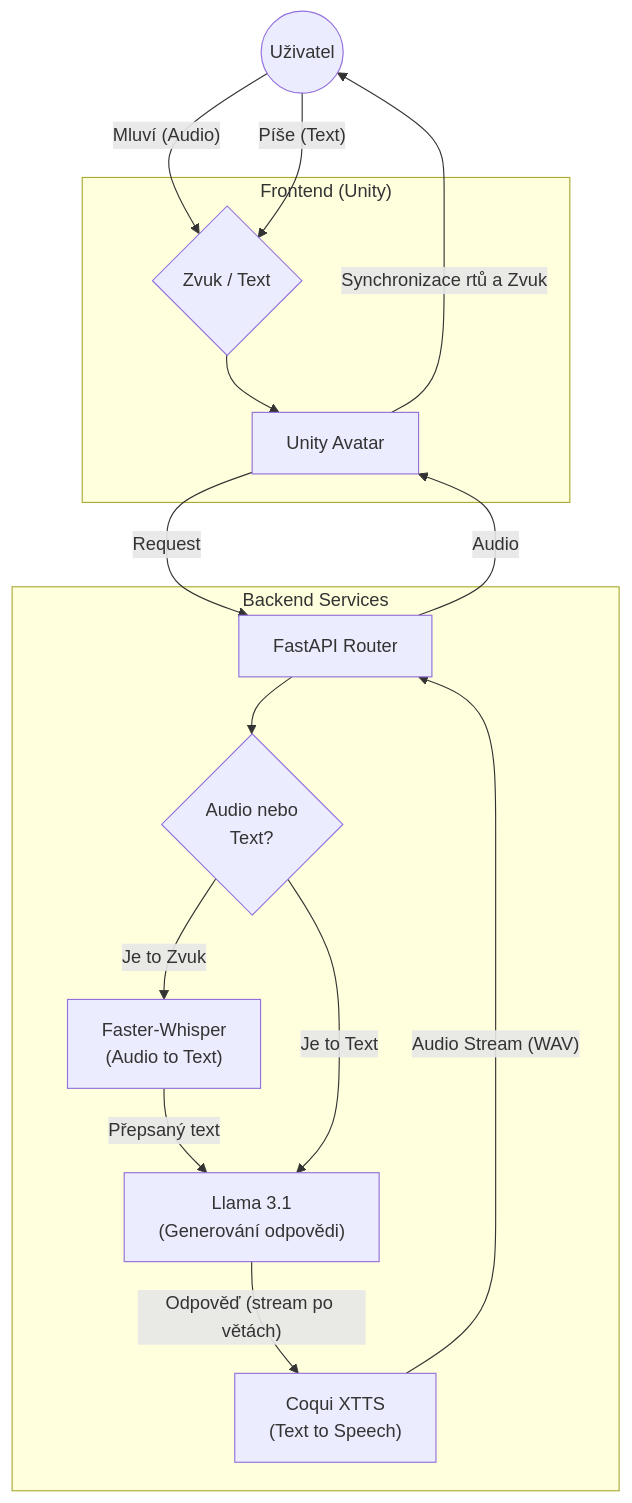
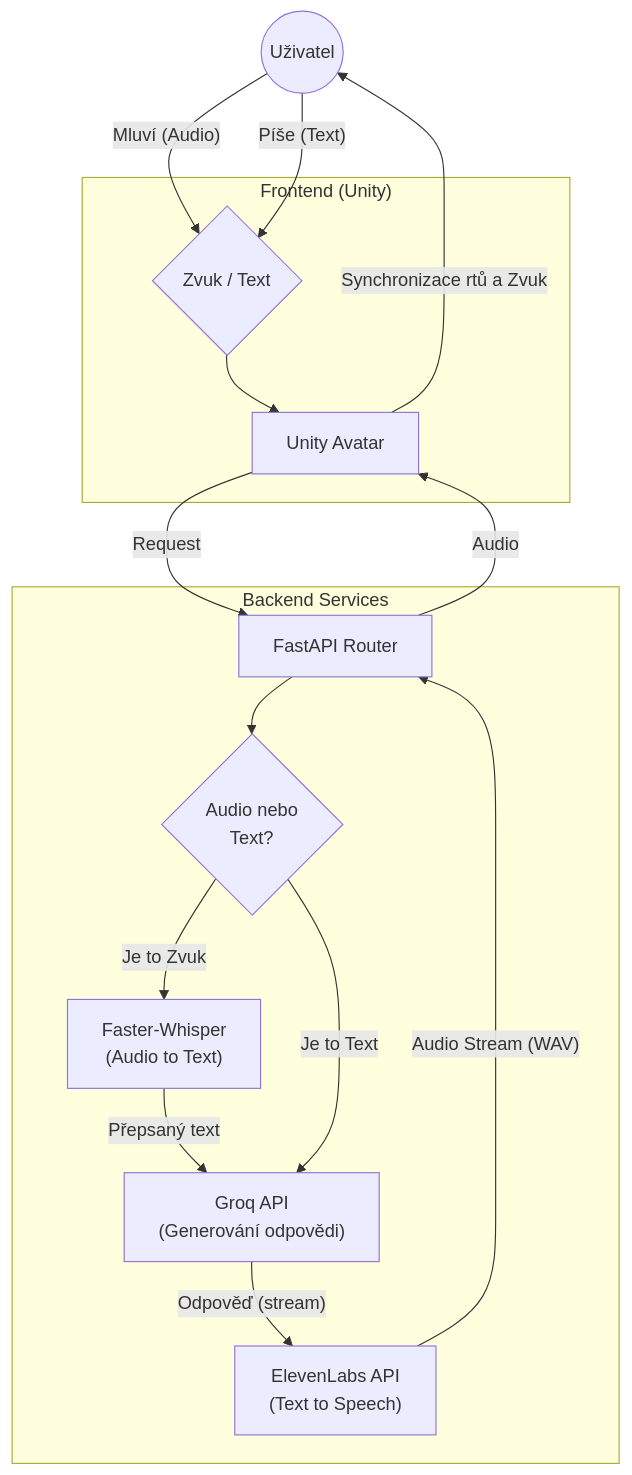
One commit to FrantisekPetricek/PraxeProjekt changed the diagram in README.md. Above: the diagram before and after it, drawn with Mermaid. The commit also changed other lines of this file and 1 other file, not shown here.

````diff
--- a/README.md
+++ b/README.md
@@ -34,46 +34,43 @@
 ```mermaid
 graph TD
-    
     User((Uživatel))
 
-    
     subgraph Client ["Frontend (Unity)"]
         Unity[Unity Avatar]
         InputDecider{"Zvuk / Text"}
     end
 
     User -- "Mluví (Audio)" --> InputDecider
     User -- "Píše (Text)" --> InputDecider
     InputDecider --> Unity
 
     Unity -- "Request" --> API
 
-    
     subgraph Server ["Backend Services"]
         API[FastAPI Router]
         
         CheckInput{"Audio nebo<br/>Text?"}
         
         STT["Faster-Whisper<br/>(Audio to Text)"]
-        LLM["Llama 3.1<br/>(Generování odpovědi)"]
-        TTS["Coqui XTTS<br/>(Text to Speech)"]
+        LLM["Groq API<br/>(Generování odpovědi)"]
+        TTS["ElevenLabs API<br/>(Text to Speech)"]
     end
 
     %% --- TOK DAT V BACKENDU ---
     API --> CheckInput
     
     %% Cesta 1: Zvuk
     CheckInput -- "Je to Zvuk" --> STT
     STT -- "Přepsaný text" --> LLM
     
     %% Cesta 2: Text (přímá)
     CheckInput -- "Je to Text" --> LLM
 
     %% Zpracování odpovědi
-    LLM -- "Odpověď (stream po větách)" --> TTS
+    LLM -- "Odpověď (stream)" --> TTS
     TTS -- "Audio Stream (WAV)" --> API
 
     %% --- VÝSTUP ZPĚT K UŽIVATELI ---
     API -- "Audio" --> Unity
     Unity -- "Synchronizace rtů a Zvuk" --> User
 ```
````
